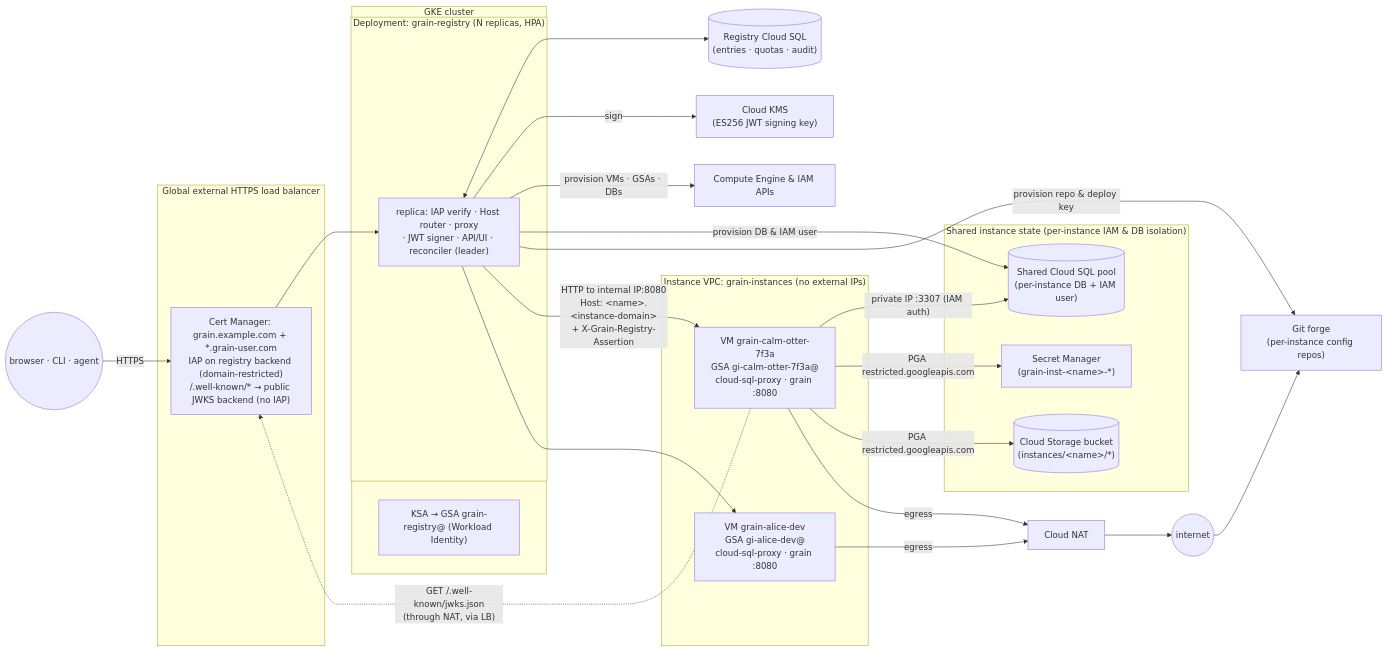
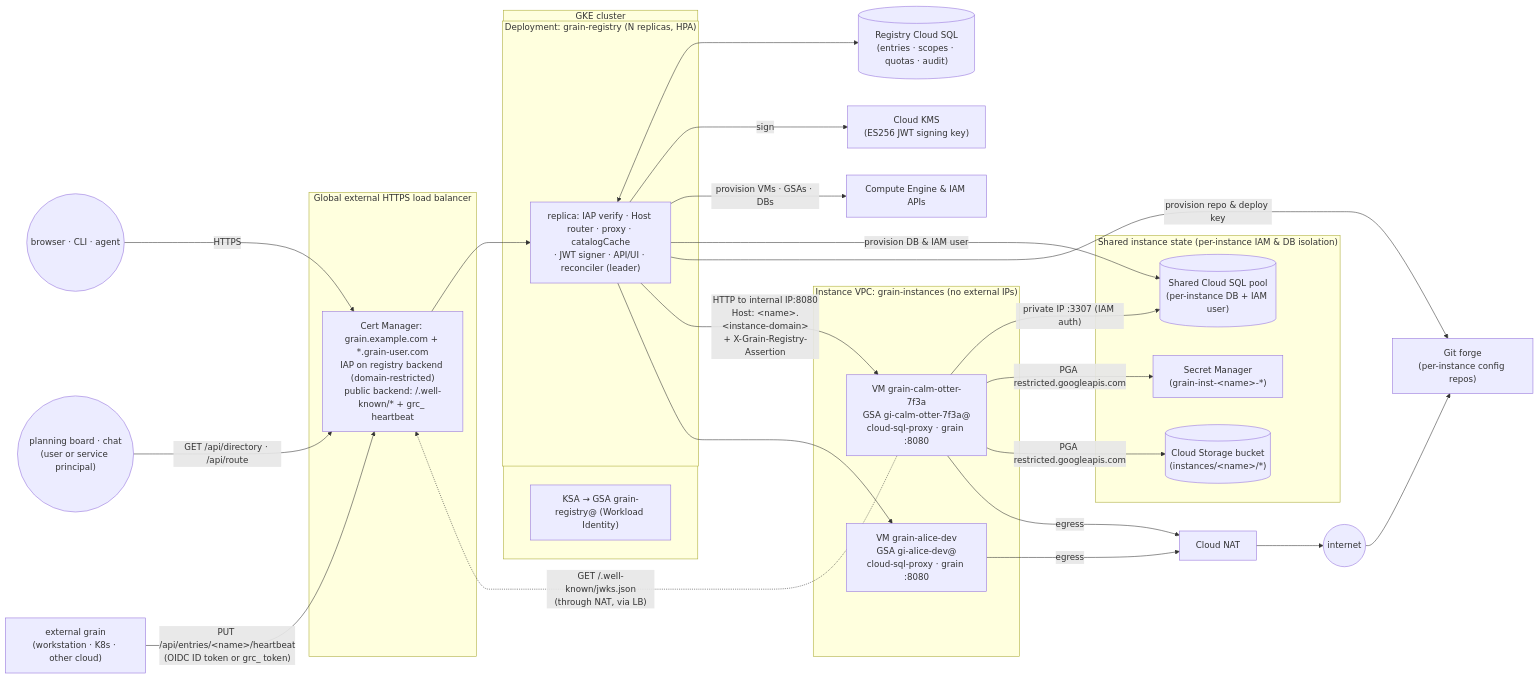
One commit to ai-on-gke/grain changed the first of 2 diagrams in design/design/registry.design.md. Above: the diagram before and after it, drawn with Mermaid. The commit also changed other lines of this file, not shown here.

````diff
--- a/design/design/registry.design.md
+++ b/design/design/registry.design.md
@@ -52,42 +65,44 @@
 ```mermaid
 flowchart LR
   user((browser · CLI · agent)) -->|HTTPS| lb
+  board(("planning board · chat<br/>(user or service principal)")) -->|"GET /api/directory · /api/route"| lb
+  extgrain["external grain<br/>(workstation · K8s · other cloud)"] -->|"PUT /api/entries/&lt;name&gt;/heartbeat<br/>(OIDC ID token or grc_ token)"| lb
   subgraph edge["Global external HTTPS load balancer"]
-    lb["Cert Manager: grain.example.com + *.grain-user.com<br/>IAP on registry backend (domain-restricted)<br/>/.well-known/* → public JWKS backend (no IAP)"]
+    lb["Cert Manager: grain.example.com + *.grain-user.com<br/>IAP on registry backend (domain-restricted)<br/>public backend: /.well-known/* + grc_ heartbeat"]
   end
   subgraph gke["GKE cluster"]
     subgraph reg["Deployment: grain-registry (N replicas, HPA)"]
-      r1["replica: IAP verify · Host router · proxy<br/>· JWT signer · API/UI · reconciler (leader)"]
+      r1["replica: IAP verify · Host router · proxy · catalogCache<br/>· JWT signer · API/UI · reconciler (leader)"]
     end
     ksa["KSA → GSA grain-registry@ (Workload Identity)"]
   end
-  regsql[("Registry Cloud SQL<br/>(entries · quotas · audit)")]
+  regsql[("Registry Cloud SQL<br/>(entries · scopes · quotas · audit)")]
   kms["Cloud KMS<br/>(ES256 JWT signing key)"]
   compute["Compute Engine & IAM APIs"]
   forge["Git forge<br/>(per-instance config repos)"]
   subgraph state["Shared instance state (per-instance IAM & DB isolation)"]
     instsql[("Shared Cloud SQL pool<br/>(per-instance DB + IAM user)")]
     sm["Secret Manager<br/>(grain-inst-&lt;name&gt;-*)"]
     gcs[("Cloud Storage bucket<br/>(instances/&lt;name&gt;/*)")]
   end
   subgraph vpc["Instance VPC: grain-instances (no external IPs)"]
     vm1["VM grain-calm-otter-7f3a<br/>GSA gi-calm-otter-7f3a@<br/>cloud-sql-proxy · grain :8080"]
     vm2["VM grain-alice-dev<br/>GSA gi-alice-dev@<br/>cloud-sql-proxy · grain :8080"]
   end
   nat["Cloud NAT"] --> internet((internet))
   lb --> r1
   r1 <--> regsql
   r1 -->|sign| kms
   r1 -->|provision VMs · GSAs · DBs| compute
   r1 -->|provision DB & IAM user| instsql
   r1 -->|provision repo & deploy key| forge
   r1 -->|"HTTP to internal IP:8080<br/>Host: &lt;name&gt;.&lt;instance-domain&gt;<br/>+ X-Grain-Registry-Assertion"| vm1
   r1 --> vm2
   vm1 -->|"private IP :3307 (IAM auth)"| instsql
   vm1 -->|"PGA restricted.googleapis.com"| sm
   vm1 -->|"PGA restricted.googleapis.com"| gcs
   vm1 -->|egress| nat
   vm2 -->|egress| nat
   internet --> forge
   vm1 -.->|"GET /.well-known/jwks.json<br/>(through NAT, via LB)"| lb
 ```
````
